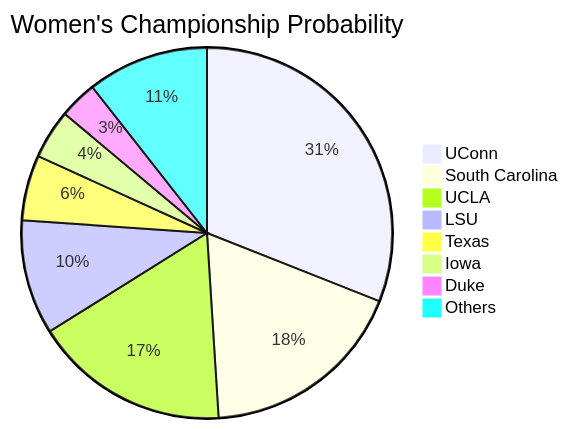
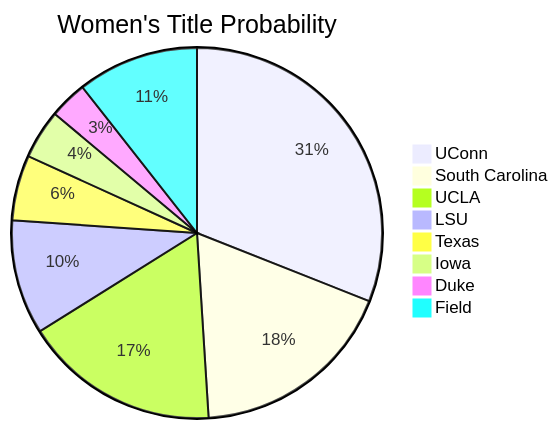
One commit to Princeu3/march-madness-2026-predictions changed the second of 4 diagrams in README.md. Above: the diagram before and after it, drawn with Mermaid. The commit also changed other lines of this file and 3 other files, not shown here.

````diff
--- a/README.md
+++ b/README.md
@@ -266,11 +40,11 @@
 ```mermaid
-pie title Women's Championship Probability
+pie title Women's Title Probability
     "UConn" : 31.0
     "South Carolina" : 18.0
     "UCLA" : 17.1
     "LSU" : 10.0
     "Texas" : 5.7
     "Iowa" : 4.3
     "Duke" : 3.3
-    "Others" : 10.6
+    "Field" : 10.6
 ```
````
